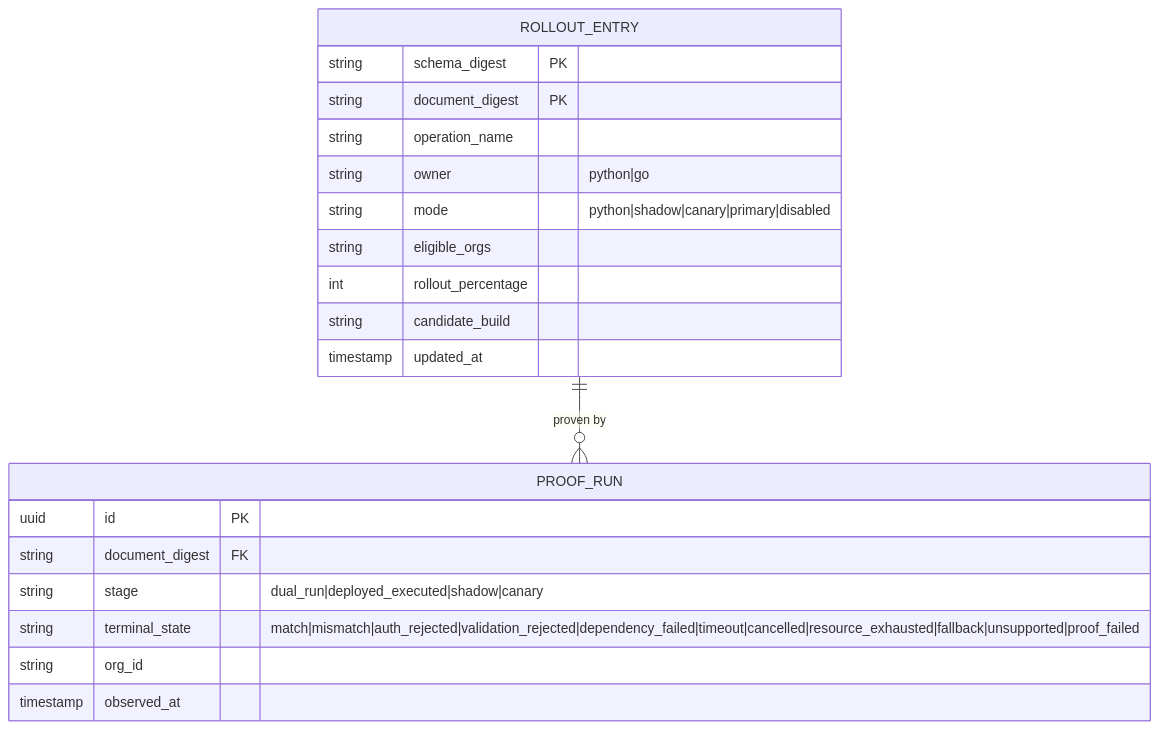
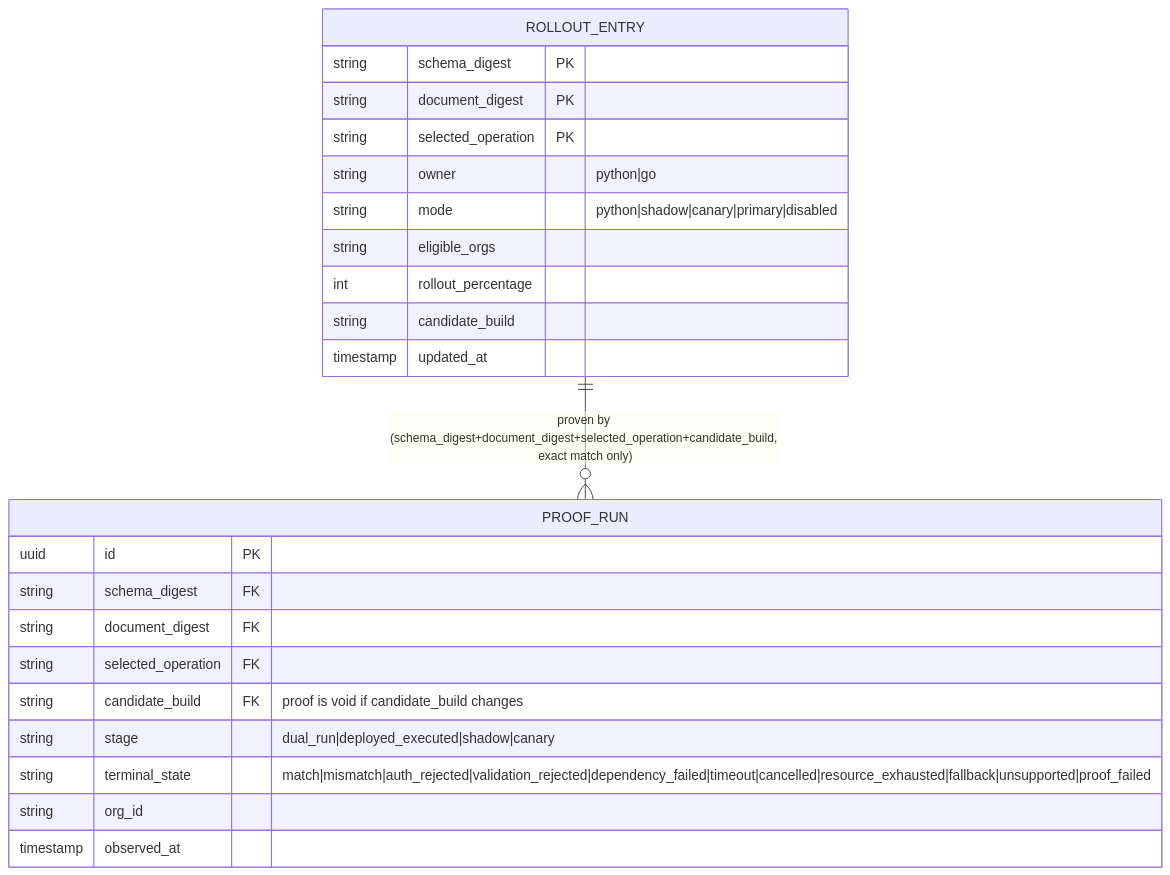
The third of 3 diagrams in docs/plans/go-api-epic.md (full-chaos/dev-health-ops), drawn with Mermaid before and after one commit. The commit also changed other lines of this file, not shown here.

Commit message:
Address codex review round 1: proof identity, REST inventory gap, side-effect parity, mutation gate

````diff
--- a/docs/plans/go-api-epic.md
+++ b/docs/plans/go-api-epic.md
@@ -142,23 +146,26 @@
 ```mermaid
 erDiagram
   ROLLOUT_ENTRY {
     string schema_digest PK
     string document_digest PK
-    string operation_name
+    string selected_operation PK
     string owner "python|go"
     string mode "python|shadow|canary|primary|disabled"
     string eligible_orgs
     int rollout_percentage
     string candidate_build
     timestamp updated_at
   }
   PROOF_RUN {
     uuid id PK
+    string schema_digest FK
     string document_digest FK
+    string selected_operation FK
+    string candidate_build FK "proof is void if candidate_build changes"
     string stage "dual_run|deployed_executed|shadow|canary"
     string terminal_state "match|mismatch|auth_rejected|validation_rejected|dependency_failed|timeout|cancelled|resource_exhausted|fallback|unsupported|proof_failed"
     string org_id
     timestamp observed_at
   }
-  ROLLOUT_ENTRY ||--o{ PROOF_RUN : "proven by"
+  ROLLOUT_ENTRY ||--o{ PROOF_RUN : "proven by (schema_digest+document_digest+selected_operation+candidate_build, exact match only)"
 ```
````
